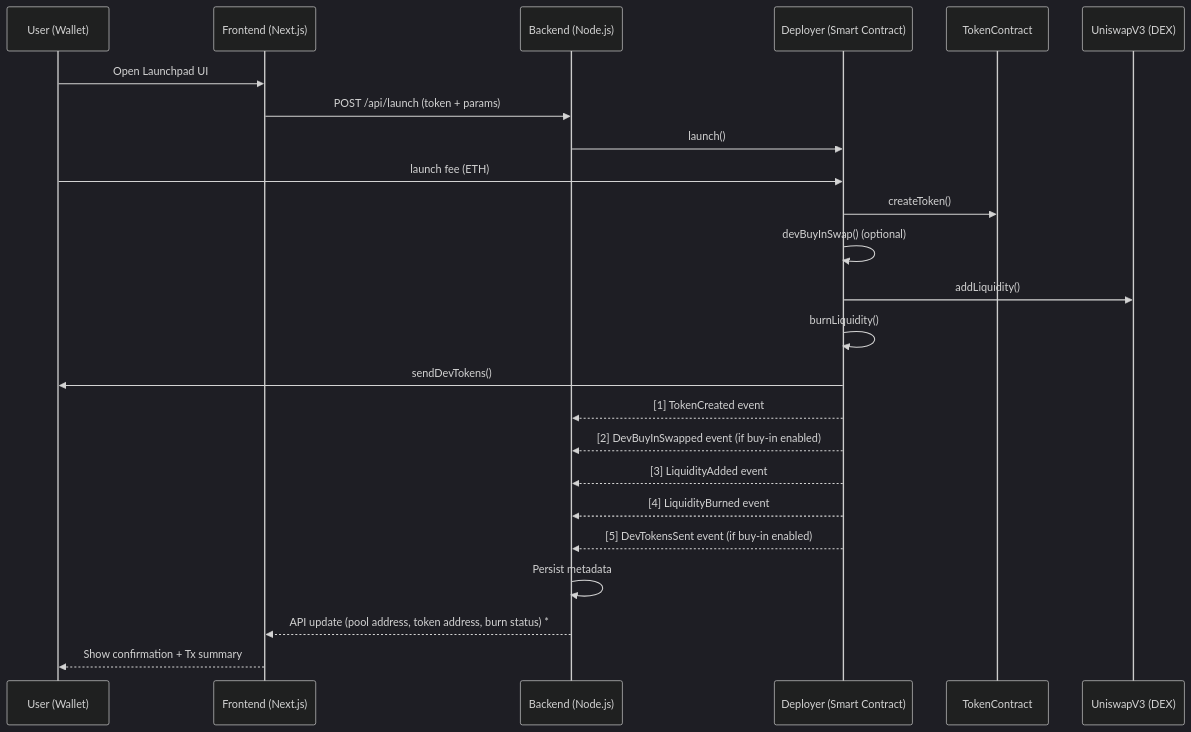
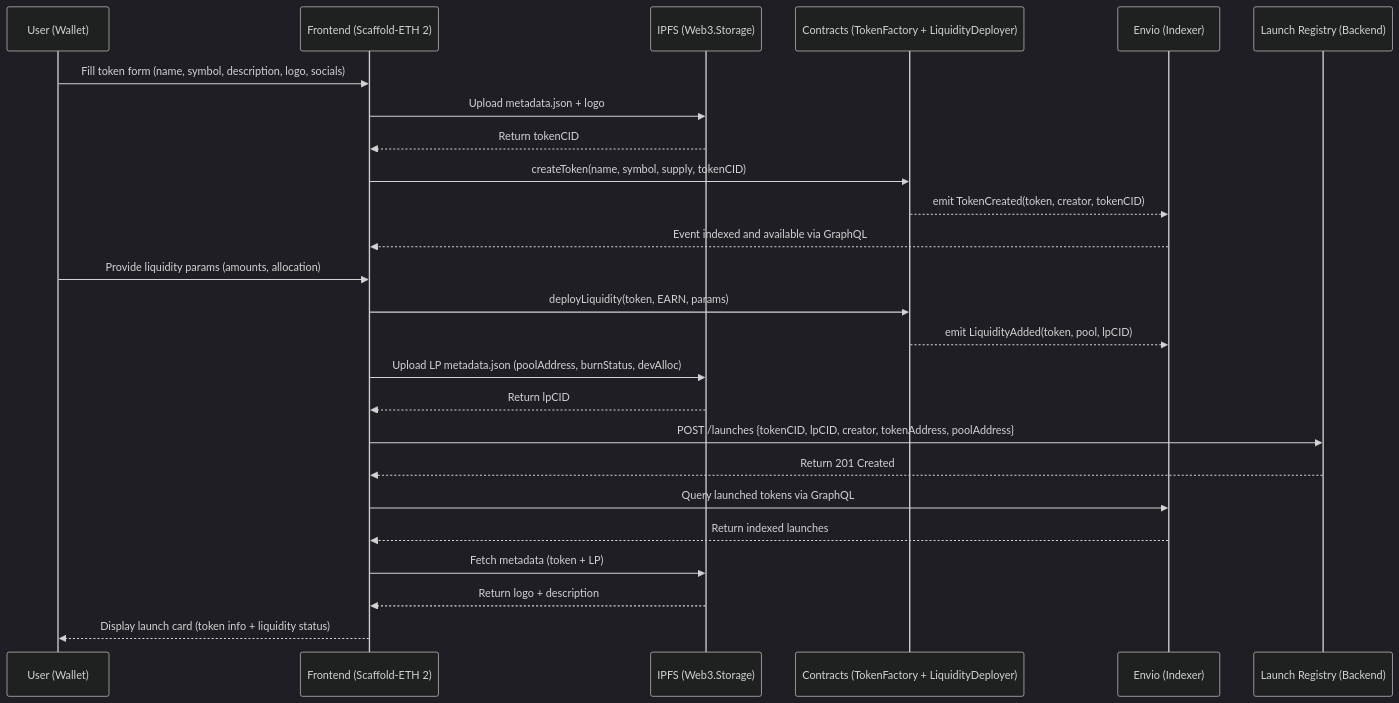
The diagram in docs/diagrams/mvp-v0-sequence.mmd (earn-labs/earn-launchpad), drawn with Mermaid before and after one commit. The commit also changed 3 other files, not shown here.

Commit message:
docs: update MVP v0 scope, NFRs, requirements, and sequence diagram for IPFS + Envio + minimal backend

````diff
--- a/docs/diagrams/mvp-v0-sequence.mmd
+++ b/docs/diagrams/mvp-v0-sequence.mmd
@@ -1,32 +1,35 @@
 ```mermaid
-%%{init: {'theme':'dark'}}%%
+%%{init: {'theme': 'dark'}}%%
 sequenceDiagram
     participant U as User (Wallet)
-    participant F as Frontend (Next.js)
-    participant B as Backend (Node.js)
-    participant D as Deployer (Smart Contract)
-    participant T as TokenContract
-    participant U3 as UniswapV3 (DEX)
+    participant F as Frontend (Scaffold-ETH 2)
+    participant I as IPFS (Web3.Storage)
+    participant C as Contracts (TokenFactory + LiquidityDeployer)
+    participant E as Envio (Indexer)
+    participant B as Launch Registry (Backend)
 
-    %% --- User initiates ---
-    U->>F: Open Launchpad UI
-    F->>B: POST /api/launch (token + params)
-    B->>D: launch()
-    %% --- On-chain execution ---
-    U->>D: launch fee (ETH)
-    D->>T: createToken()
-    D->>D: devBuyInSwap() (optional)
-    D->>U3: addLiquidity()
-    D->>D: burnLiquidity()
-    D->>U: sendDevTokens()
-    %% --- Event propagation ---
-    D-->>B: [1] TokenCreated event
-    D-->>B: [2] DevBuyInSwapped event (if buy-in enabled)
-    D-->>B: [3] LiquidityAdded event
-    D-->>B: [4] LiquidityBurned event
-    D-->>B: [5] DevTokensSent event (if buy-in enabled)
-    %% --- Indexing + response ---
-    B->>B: Persist metadata
-    B-->>F: API update (pool address, token address, burn status) *
-    F-->>U: Show confirmation + Tx summary
+    %% --- Token Creation ---
+    U->>F: Fill token form (name, symbol, description, logo, socials)
+    F->>I: Upload metadata.json + logo
+    I-->>F: Return tokenCID
+    F->>C: createToken(name, symbol, supply, tokenCID)
+    C-->>E: emit TokenCreated(token, creator, tokenCID)
+    E-->>F: Event indexed and available via GraphQL
+
+    %% --- Liquidity Deployment ---
+    U->>F: Provide liquidity params (amounts, allocation)
+    F->>C: deployLiquidity(token, EARN, params)
+    C-->>E: emit LiquidityAdded(token, pool, lpCID)
+    F->>I: Upload LP metadata.json (poolAddress, burnStatus, devAlloc)
+    I-->>F: Return lpCID
+    F->>B: POST /launches {tokenCID, lpCID, creator, tokenAddress, poolAddress}
+    B-->>F: Return 201 Created
+
+    %% --- Display ---
+    F->>E: Query launched tokens via GraphQL
+    E-->>F: Return indexed launches
+    F->>I: Fetch metadata (token + LP)
+    I-->>F: Return logo + description
+    F-->>U: Display launch card (token info + liquidity status)
+
 ```
````
